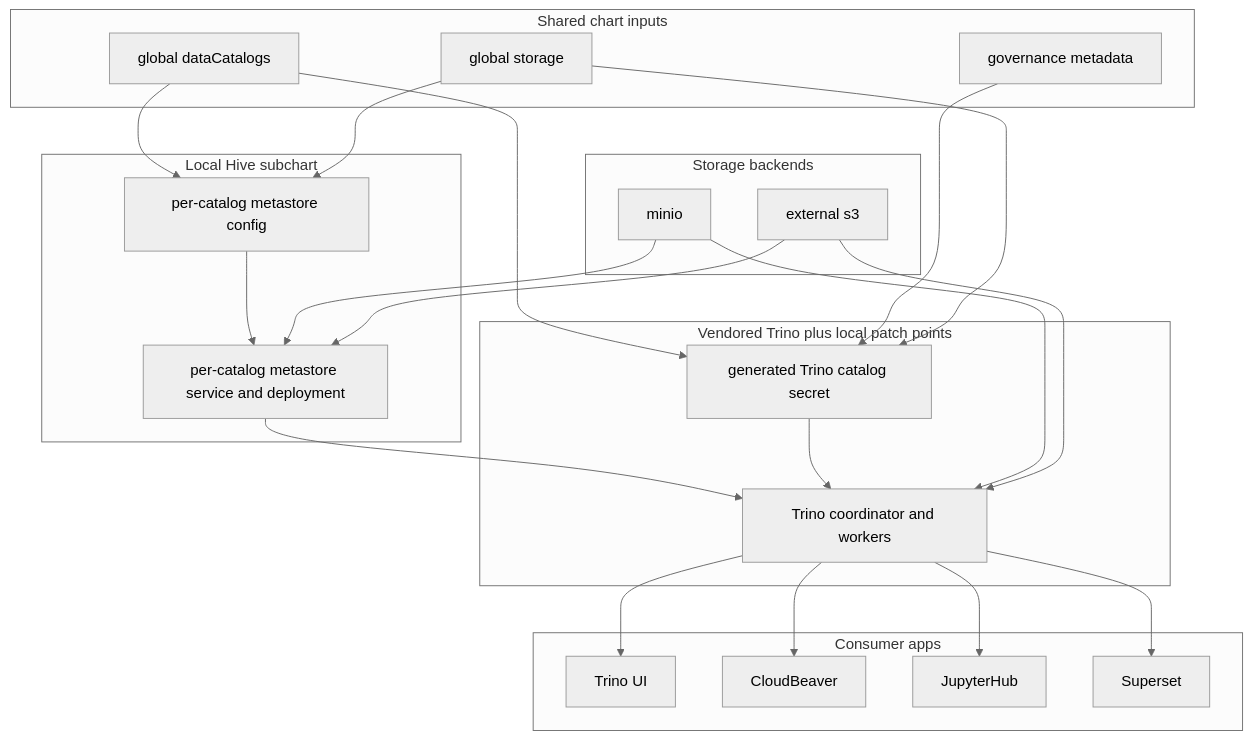
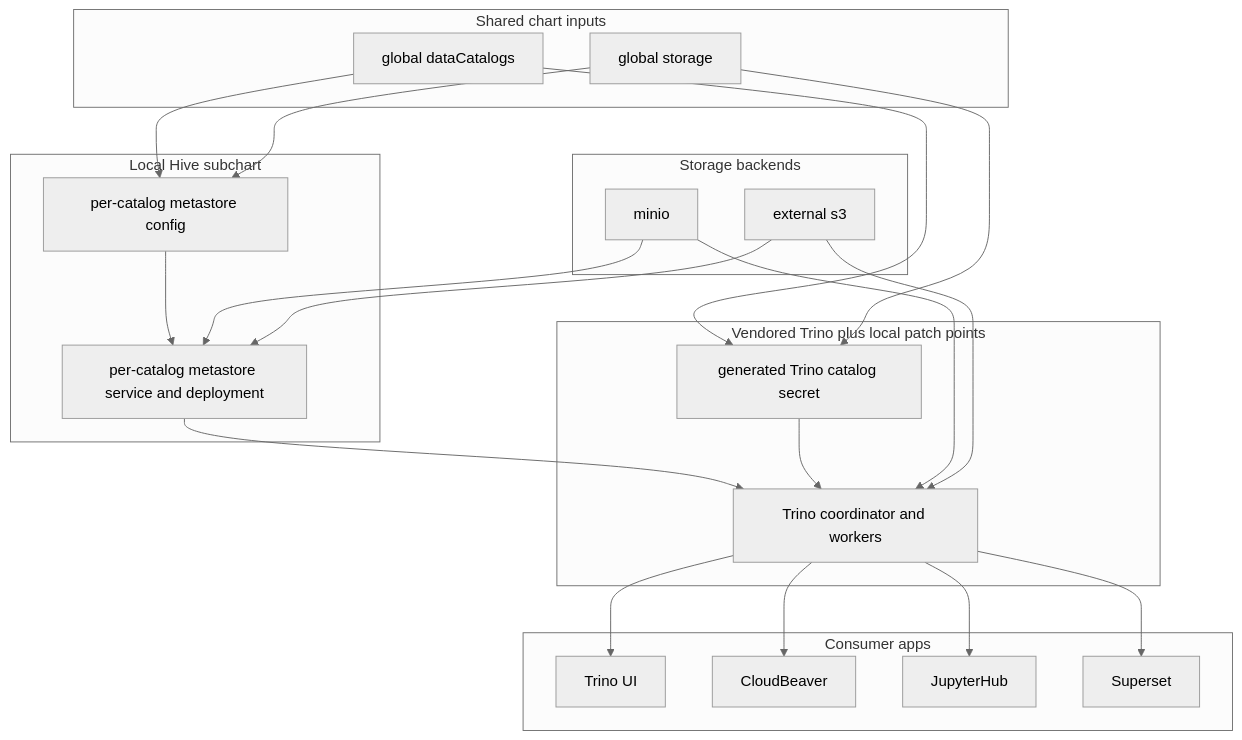
The sixth of 7 diagrams in docs/umbrella-chart-manual.md (sanger-pathogens/dlh-in-a-box-umbrella-helm-chart), drawn with Mermaid (neutral theme) before and after one commit. The commit also changed other lines of this file and 28 other files, not shown here.

````diff
--- a/docs/umbrella-chart-manual.md
+++ b/docs/umbrella-chart-manual.md
@@ -978,47 +981,45 @@
 ```mermaid
 flowchart TD
   subgraph Inputs["Shared chart inputs"]
     Catalogs[global dataCatalogs]
     Storage[global storage]
-    Governance[governance metadata]
   end
 
   subgraph HivePath["Local Hive subchart"]
     HiveConfig[per-catalog metastore config]
     HiveRuntime[per-catalog metastore service and deployment]
   end
 
   subgraph TrinoPath["Vendored Trino plus local patch points"]
     CatalogSecret[generated Trino catalog secret]
     TrinoRuntime[Trino coordinator and workers]
   end
 
   subgraph StorageLayer["Storage backends"]
     MinIO[minio]
     ExternalS3[external s3]
   end
 
   subgraph Consumers["Consumer apps"]
     TrinoUi[Trino UI]
     CloudBeaver[CloudBeaver]
     JupyterHub[JupyterHub]
     Superset[Superset]
   end
 
   Catalogs --> HiveConfig
   Catalogs --> CatalogSecret
-  Governance --> CatalogSecret
   Storage --> HiveConfig
   Storage --> CatalogSecret
   HiveConfig --> HiveRuntime
   HiveRuntime --> TrinoRuntime
   CatalogSecret --> TrinoRuntime
   MinIO --> HiveRuntime
   MinIO --> TrinoRuntime
   ExternalS3 --> HiveRuntime
   ExternalS3 --> TrinoRuntime
   TrinoRuntime --> TrinoUi
   TrinoRuntime --> CloudBeaver
   TrinoRuntime --> JupyterHub
   TrinoRuntime --> Superset
 ```
````
